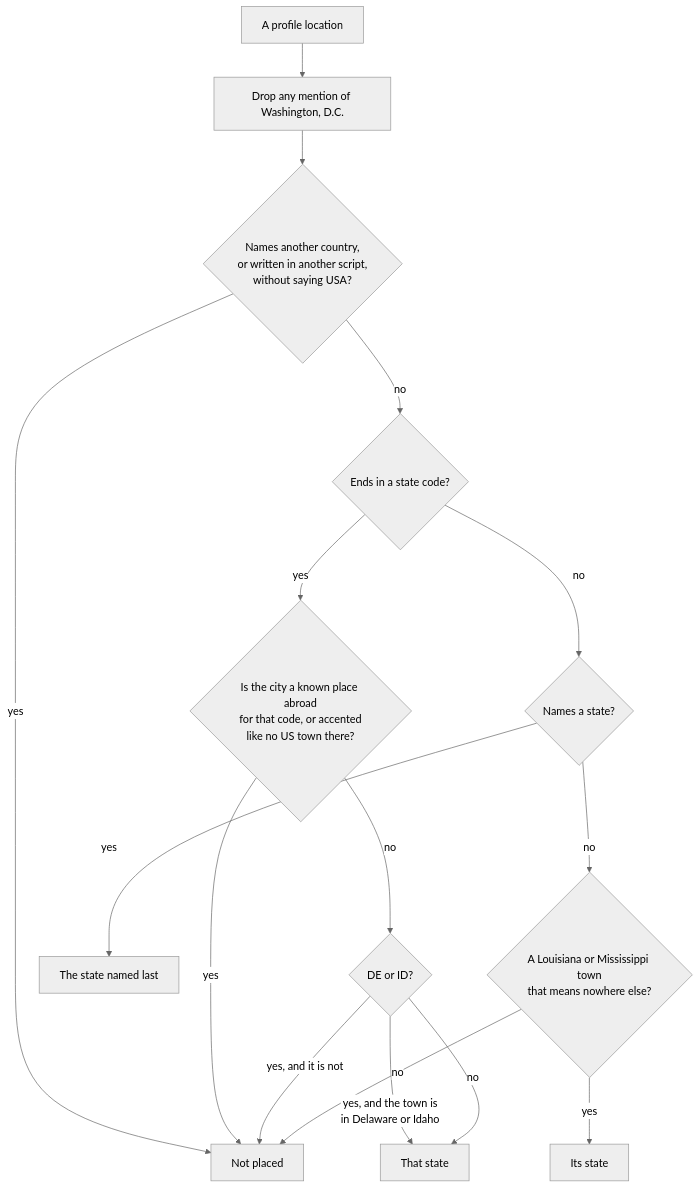
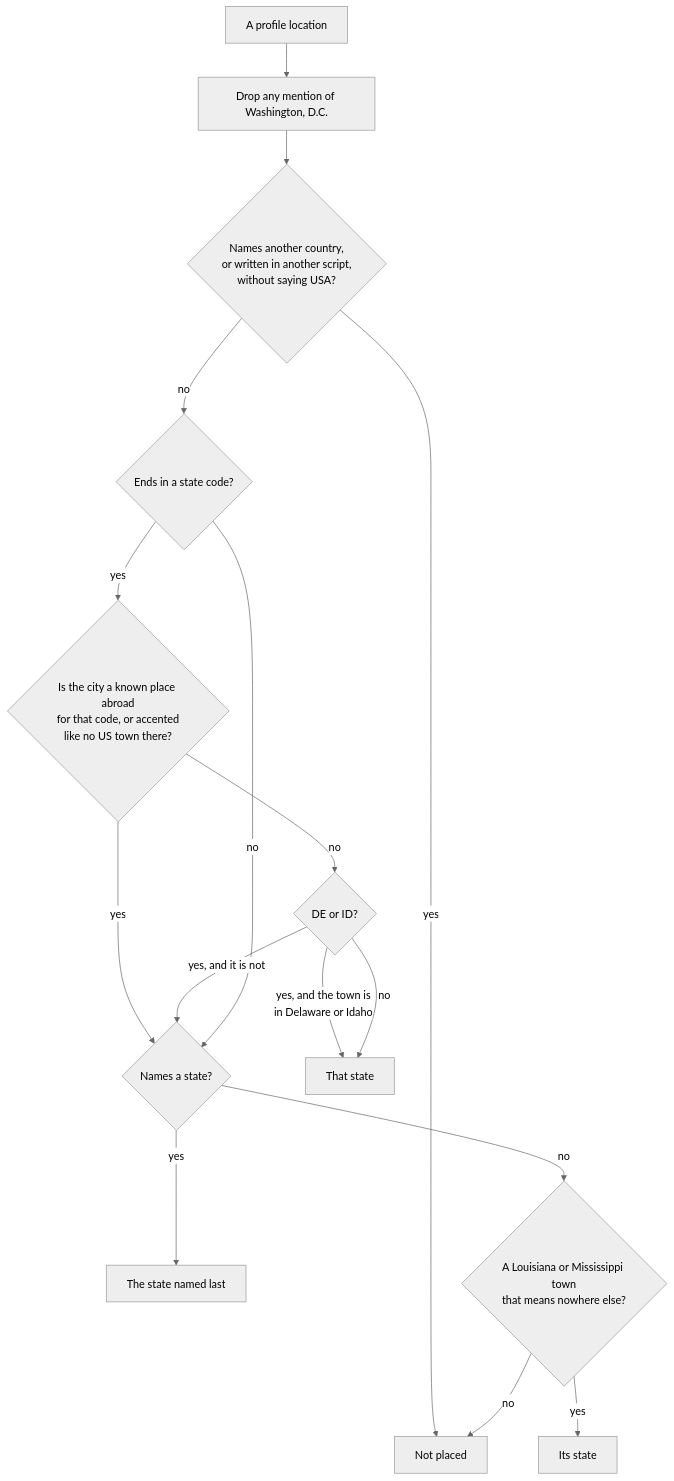
Before and after one commit to wbp318/github-leaderboard: the diagram in docs/placement.md, drawn with Mermaid (neutral theme). The commit also changed other lines of this file and 2 other files, not shown here.

Commit message:
Rivers are not states, and a ZIP code may follow the state code
"West of the Mississippi, by 1,899 miles" was Mississippi's fourth busiest person: a river named after a state now means the river, so it and "44th Parallel N and Mississippi River" are no longer placed in Mississippi. A ZIP code after the state code no longer hides it, so "Denver, CO 80223" is Colorado and "1905 W Mississippi Ave, Denver, CO 80223" is no longer Mississippi. A state code that fails the guards no longer rules out the rest of the location, so "2600 Pasadena Ave, Metairie, LA 70001" is still Louisiana. Over every profile: 79 more placed, all US street addresses with a ZIP code; 3 no longer placed, the three river locations; 5 moved, among them Kansas City, MO to Missouri and Sugar Land, TX to Texas.

````diff
--- a/docs/placement.md
+++ b/docs/placement.md
@@ -35,18 +35,18 @@
 ```mermaid
 flowchart TD
     loc["A profile location"] --> dc["Drop any mention of Washington, D.C."]
     dc --> abroad{"Names another country,<br/>or written in another script,<br/>without saying USA?"}
     abroad -->|yes| none["Not placed"]
     abroad -->|no| code{"Ends in a state code?"}
     code -->|yes| guard{"Is the city a known place abroad<br/>for that code, or accented<br/>like no US town there?"}
-    guard -->|yes| none
+    guard -->|yes| name
     guard -->|no| listed{"DE or ID?"}
     listed -->|"yes, and the town is<br/>in Delaware or Idaho"| st["That state"]
-    listed -->|"yes, and it is not"| none
+    listed -->|"yes, and it is not"| name
     listed -->|no| st
     code -->|no| name{"Names a state?"}
     name -->|yes| last["The state named last"]
     name -->|no| town{"A Louisiana or Mississippi town<br/>that means nowhere else?"}
     town -->|yes| la["Its state"]
     town -->|no| none
 ```
````
